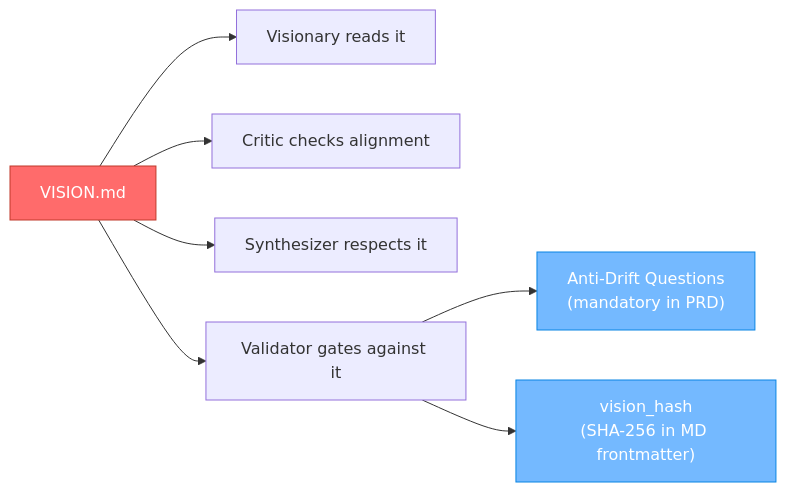
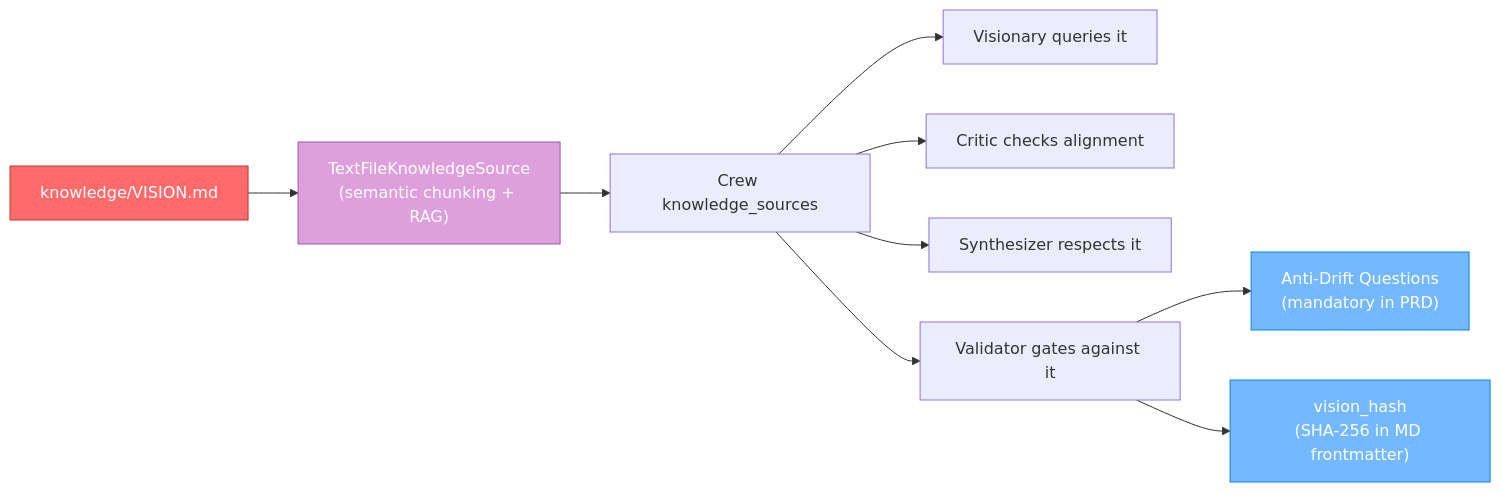
One commit to darthlinuxer/dialectic-crew-ai changed the third of 4 diagrams in docs/architecture.md. Above: the diagram before and after it, drawn with Mermaid. The commit also changed other lines of this file and 9 other files, not shown here.

````diff
--- a/docs/architecture.md
+++ b/docs/architecture.md
@@ -169,13 +172,16 @@
 ```mermaid
 graph LR
-    VISION["VISION.md"] --> A1["Visionary reads it"]
-    VISION --> A2["Critic checks alignment"]
-    VISION --> A3["Synthesizer respects it"]
-    VISION --> A4["Validator gates against it"]
+    VISION["knowledge/VISION.md"] --> KS["TextFileKnowledgeSource<br/>(semantic chunking + RAG)"]
+    KS --> CREW["Crew knowledge_sources"]
+    CREW --> A1["Visionary queries it"]
+    CREW --> A2["Critic checks alignment"]
+    CREW --> A3["Synthesizer respects it"]
+    CREW --> A4["Validator gates against it"]
     A4 --> ADQ["Anti-Drift Questions<br/>(mandatory in PRD)"]
     A4 --> VH["vision_hash<br/>(SHA-256 in MD frontmatter)"]
 
     style VISION fill:#FF6B6B,stroke:#C0392B,color:#fff
+    style KS fill:#DDA0DD,stroke:#9B59B6,color:#fff
     style ADQ fill:#74B9FF,stroke:#0984E3,color:#fff
     style VH fill:#74B9FF,stroke:#0984E3,color:#fff
 ```
````
